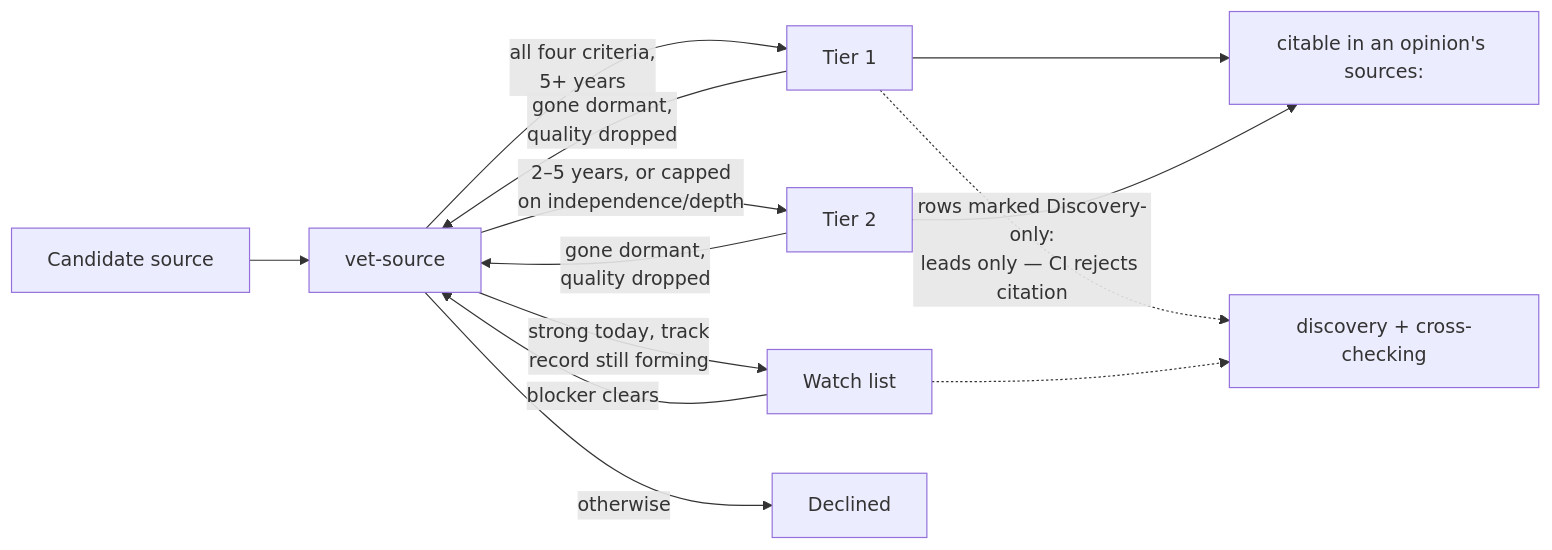
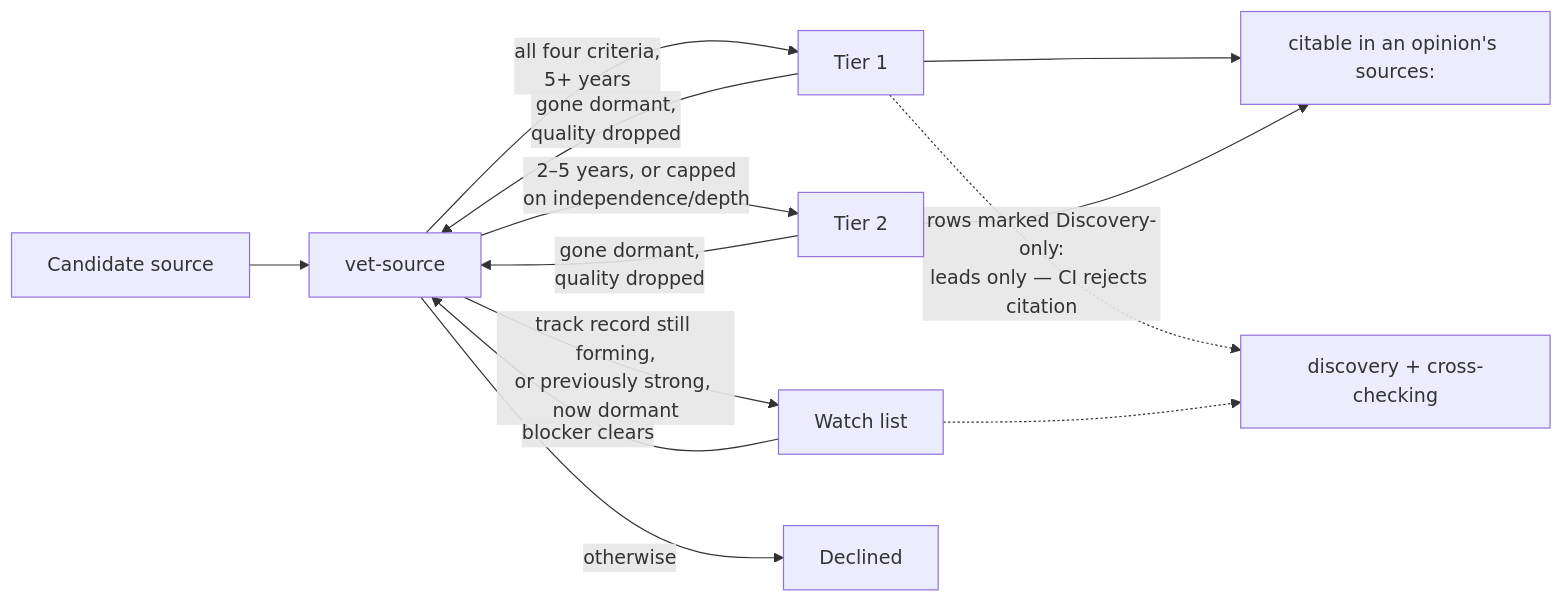
Before and after one commit to si618/dotnet-awesome-humans: the first of 2 diagrams in README.md, drawn with Mermaid. The commit also changed 3 other files, not shown here.

````diff
--- a/README.md
+++ b/README.md
@@ -61,15 +61,15 @@
 ```mermaid
 flowchart LR
     candidate["Candidate source"] --> vet["vet-source"]
     vet -->|"all four criteria,<br>5+ years"| tier1["Tier 1"]
     vet -->|"2–5 years, or capped<br>on independence/depth"| tier2["Tier 2"]
-    vet -->|"strong today, track<br>record still forming"| watch["Watch list"]
+    vet -->|"track record still forming,<br>or previously strong, now dormant"| watch["Watch list"]
     vet -->|"otherwise"| declined["Declined"]
     watch -->|"blocker clears"| vet
     tier1 -->|"gone dormant,<br>quality dropped"| vet
     tier2 -->|"gone dormant,<br>quality dropped"| vet
     tier1 --> cite["citable in an opinion's sources:"]
     tier2 --> cite
     tier1 -.->|"rows marked Discovery-only:<br>leads only — CI rejects citation"| discovery["discovery + cross-checking"]
     watch -.-> discovery
 ```
````
